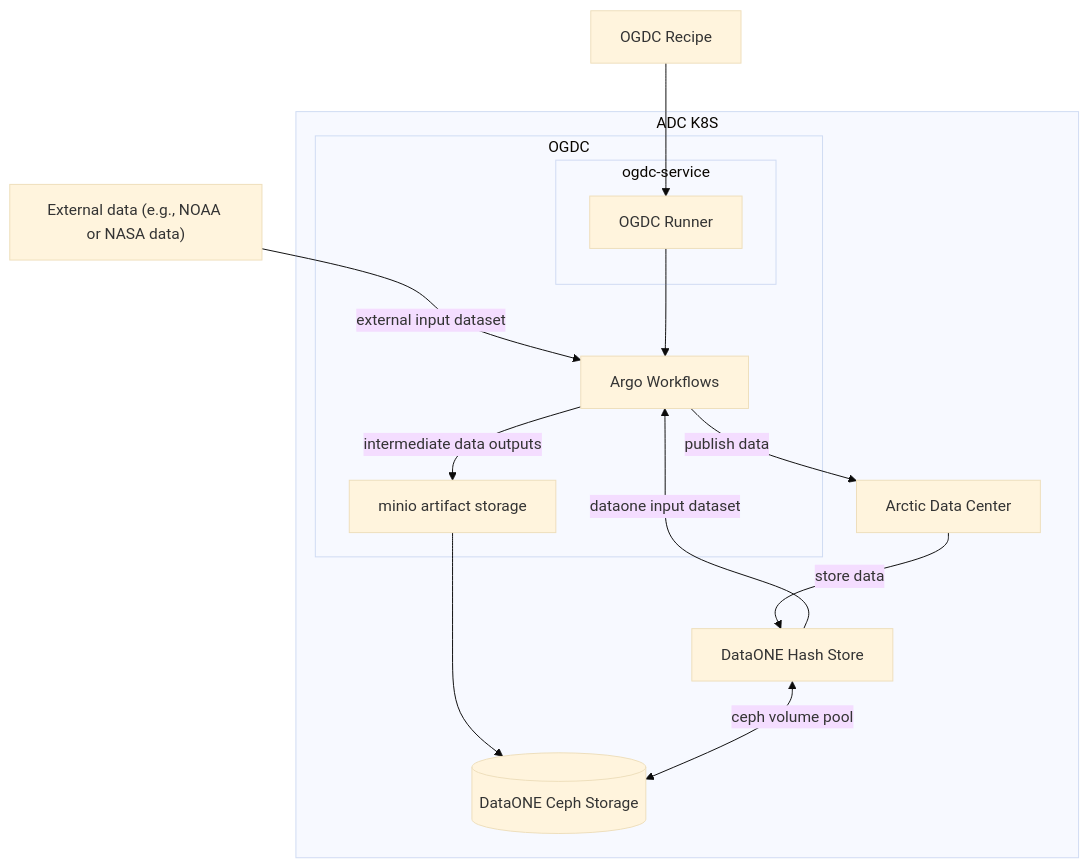
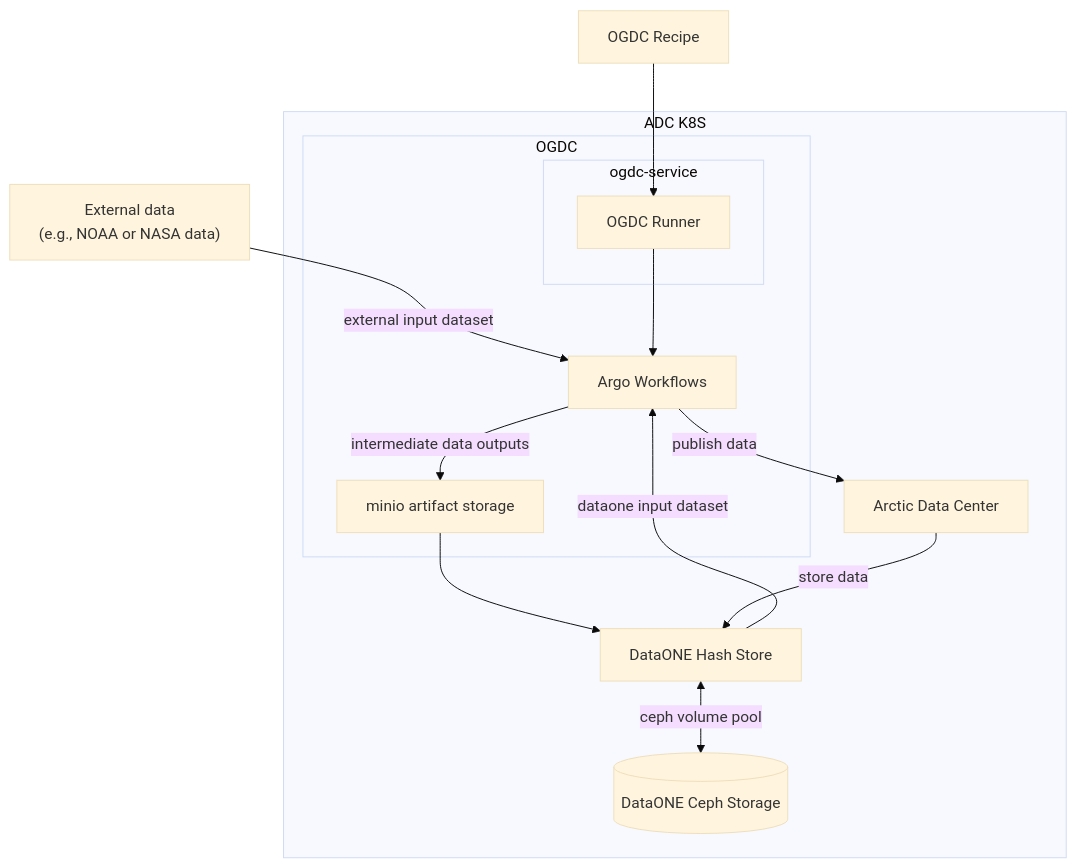
Before and after one commit to QGreenland-Net/qgreenland-net.github.io: the diagram in diagrams/high-level-architecture-v2.qmd, drawn with Mermaid (base theme). The commit also changed other lines of this file, not shown here.

Commit message:
Add line break and update link between minio and hashstore
Add line break and update link between minio and hashstore

````diff
--- a/diagrams/high-level-architecture-v2.qmd
+++ b/diagrams/high-level-architecture-v2.qmd
@@ -8,29 +10,28 @@
 ```{mermaid}
 flowchart TD
-    external_data["External data (e.g., NOAA or NASA data)"]
+    external_data["External data <br> (e.g., NOAA or NASA data)"]
     ogdc_recipe[OGDC Recipe]
     subgraph ADC K8S
         dataone_hash["DataONE Hash Store"]
         ADC_metacat["Arctic Data Center"]
         cephfs[(DataONE Ceph Storage)]
         subgraph OGDC
             subgraph ogdc-service
                 ogdc-runner["OGDC Runner"]
             end
             argo_workflows["Argo Workflows"]
             minio
          end
     end
 
     ogdc_recipe --> ogdc-runner
-
     dataone_hash -->|dataone input dataset| argo_workflows
     external_data -->|external input dataset| argo_workflows
     cephfs
     ogdc-runner --> argo_workflows
     argo_workflows -->|intermediate data outputs| minio[minio artifact storage]
-    minio --> cephfs
+    minio --> dataone_hash
     argo_workflows -->|publish data| ADC_metacat
     dataone_hash <-->|ceph volume pool| cephfs
     ADC_metacat -->|store data| dataone_hash
 ```
````
